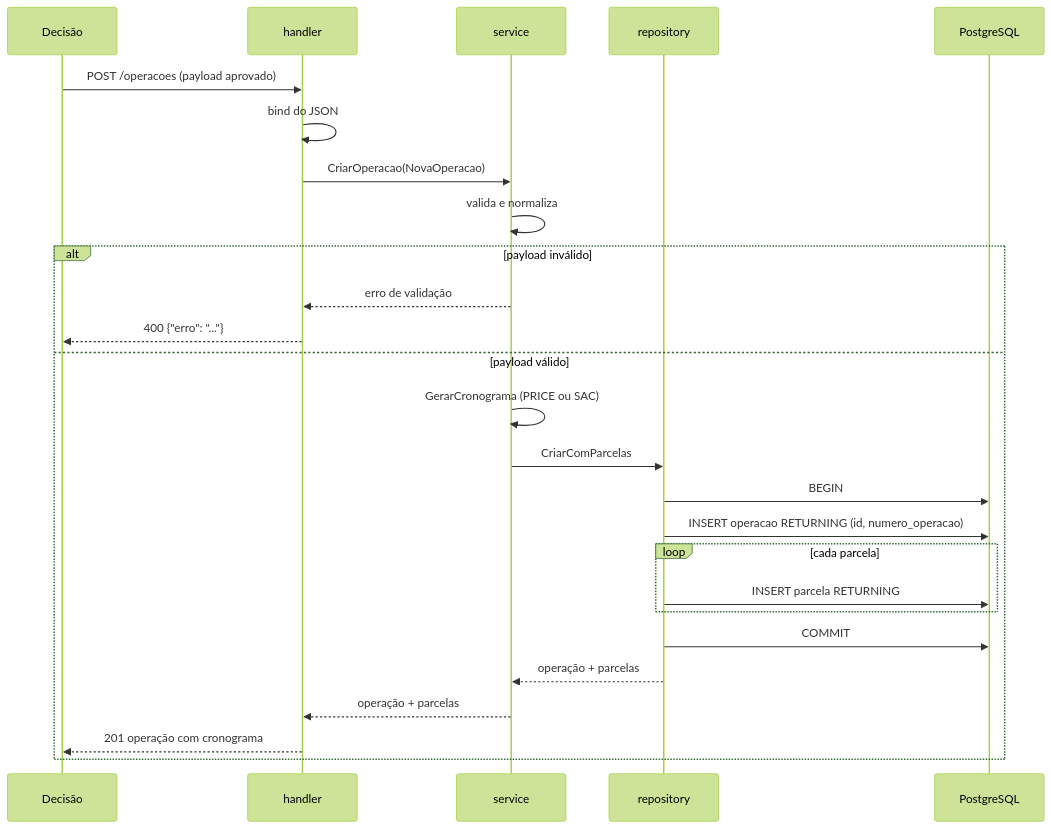
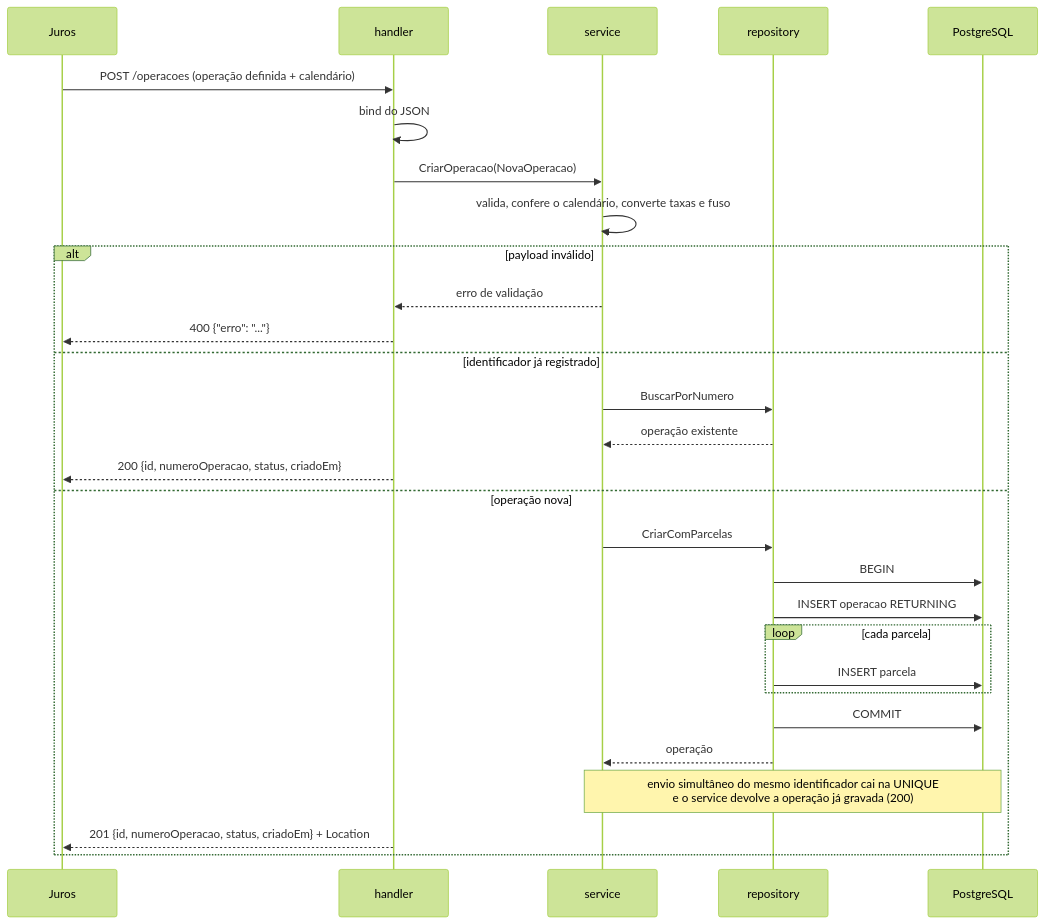
Before and after one commit to unicsul-finops/financial-operations-service: the third of 5 diagrams in docs/architecture/diagrams/README.md, drawn with Mermaid (forest theme). The commit also changed other lines of this file and 5 other files, not shown here.

First line of the commit message:
docs: atualiza README e documentação para a integração com o juros

````diff
--- a/docs/architecture/diagrams/README.md
+++ b/docs/architecture/diagrams/README.md
@@ -38,29 +39,32 @@
 ```mermaid
 sequenceDiagram
-    participant D as Decisão
+    participant J as Juros
     participant H as handler
     participant S as service
     participant R as repository
     participant P as PostgreSQL
 
-    D->>H: POST /operacoes (payload aprovado)
+    J->>H: POST /operacoes (operação definida + calendário)
     H->>H: bind do JSON
     H->>S: CriarOperacao(NovaOperacao)
-    S->>S: valida e normaliza
+    S->>S: valida, confere o calendário, converte taxas e fuso
     alt payload inválido
         S-->>H: erro de validação
-        H-->>D: 400 {"erro": "..."}
-    else payload válido
-        S->>S: GerarCronograma (PRICE ou SAC)
+        H-->>J: 400 {"erro": "..."}
+    else identificador já registrado
+        S->>R: BuscarPorNumero
+        R-->>S: operação existente
+        H-->>J: 200 {id, numeroOperacao, status, criadoEm}
+    else operação nova
         S->>R: CriarComParcelas
         R->>P: BEGIN
-        R->>P: INSERT operacao RETURNING (id, numero_operacao)
+        R->>P: INSERT operacao RETURNING
         loop cada parcela
-            R->>P: INSERT parcela RETURNING
+            R->>P: INSERT parcela
         end
         R->>P: COMMIT
-        R-->>S: operação + parcelas
-        S-->>H: operação + parcelas
-        H-->>D: 201 operação com cronograma
+        R-->>S: operação
+        Note over S,P: envio simultâneo do mesmo identificador cai na UNIQUE<br/>e o service devolve a operação já gravada (200)
+        H-->>J: 201 {id, numeroOperacao, status, criadoEm} + Location
     end
 ```
````
